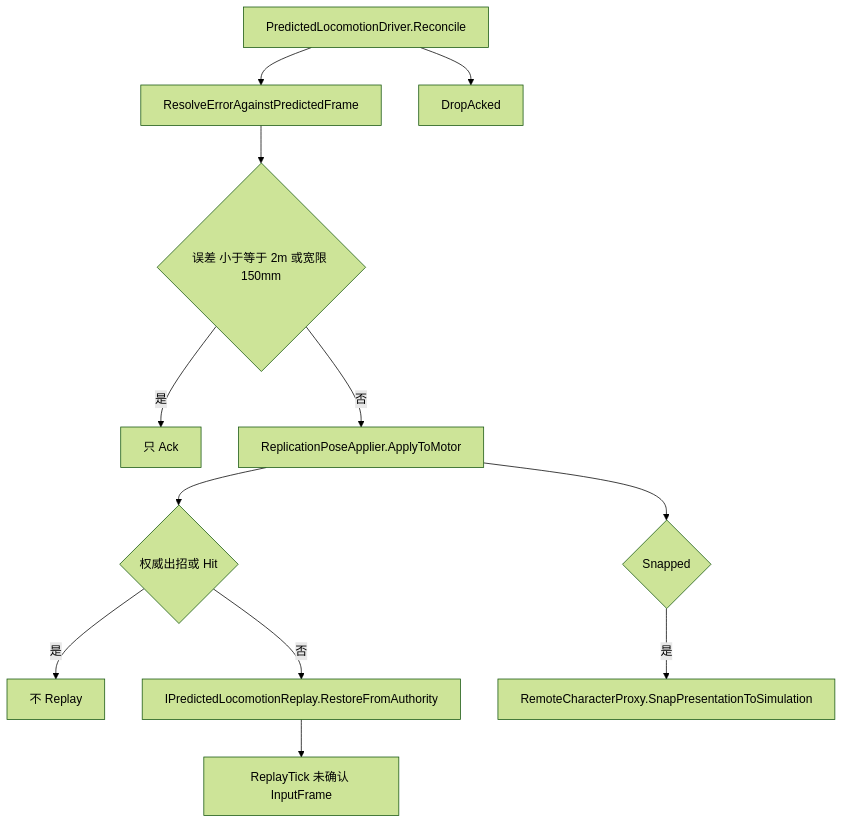
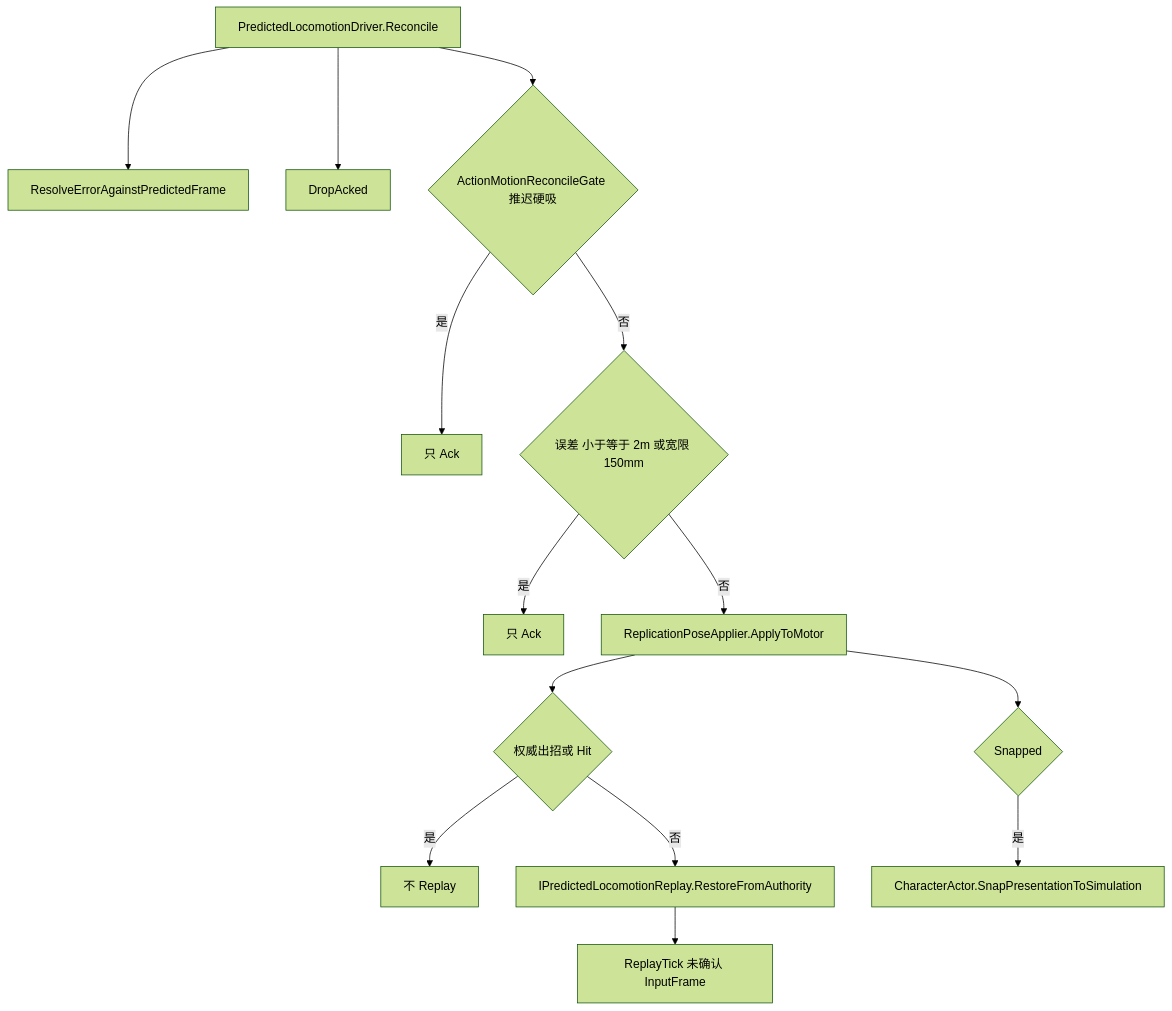
One commit to diosamacao/DiavoloGame changed the seventh of 8 diagrams in docs/2026.8.15/NETWORK_SYNC.md. Above: the diagram before and after it, drawn with Mermaid (forest theme). The commit also changed other lines of this file and 44 other files, not shown here.

Commit message:
更新 ACTGame 架构与技术文档，重构角色行为逻辑，整合 Autonomous CharacterActor 与 ReplicationSeat，优化本机走跑与出招预测的表现，确保角色状态同步与命中逻辑的准确性。删除不再使用的 AutonomousActionRunner 和相关类，更新文档以反映新结构与功能，确保所有变更已记录。

````diff
--- a/docs/2026.8.15/NETWORK_SYNC.md
+++ b/docs/2026.8.15/NETWORK_SYNC.md
@@ -497,15 +492,17 @@
 ```mermaid
 flowchart TD
     Rec[PredictedLocomotionDriver.Reconcile]
     Rec --> Err[ResolveErrorAgainstPredictedFrame]
     Rec --> Drop[DropAcked]
-    Err --> Gate{误差 小于等于 2m 或宽限 150mm}
+    Rec --> Defer{ActionMotionReconcileGate 推迟硬吸}
+    Defer -->|是| AckOnly[只 Ack]
+    Defer -->|否| Gate{误差 小于等于 2m 或宽限 150mm}
     Gate -->|是| Ack[只 Ack]
     Gate -->|否| Snap[ReplicationPoseApplier.ApplyToMotor]
     Snap --> Act{权威出招或 Hit}
     Act -->|是| PoseOnly[不 Replay]
     Act -->|否| Rest[IPredictedLocomotionReplay.RestoreFromAuthority]
     Rest --> Rep[ReplayTick 未确认 InputFrame]
     Snap --> Pres{Snapped}
-    Pres -->|是| Hard[RemoteCharacterProxy.SnapPresentationToSimulation]
+    Pres -->|是| Hard[CharacterActor.SnapPresentationToSimulation]
 ```
````
